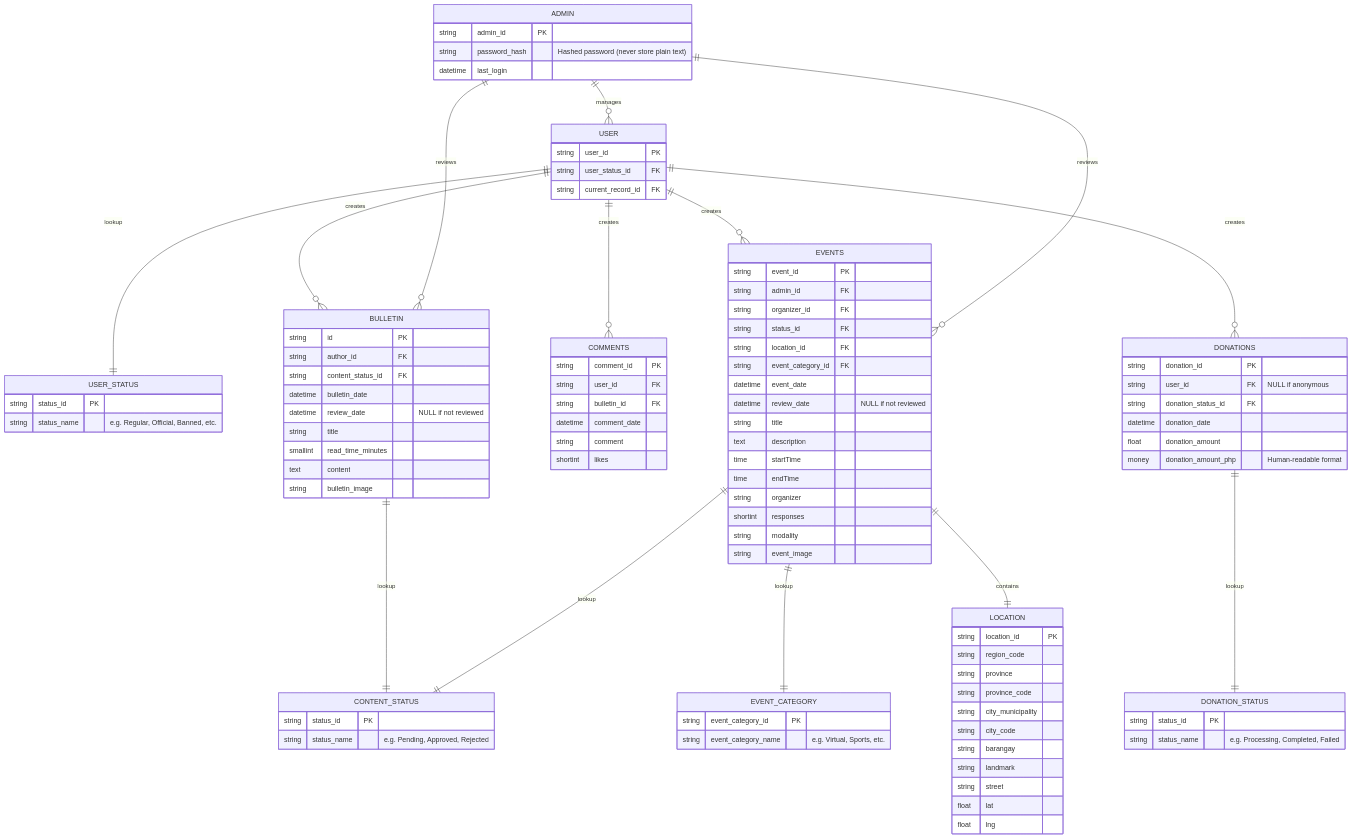
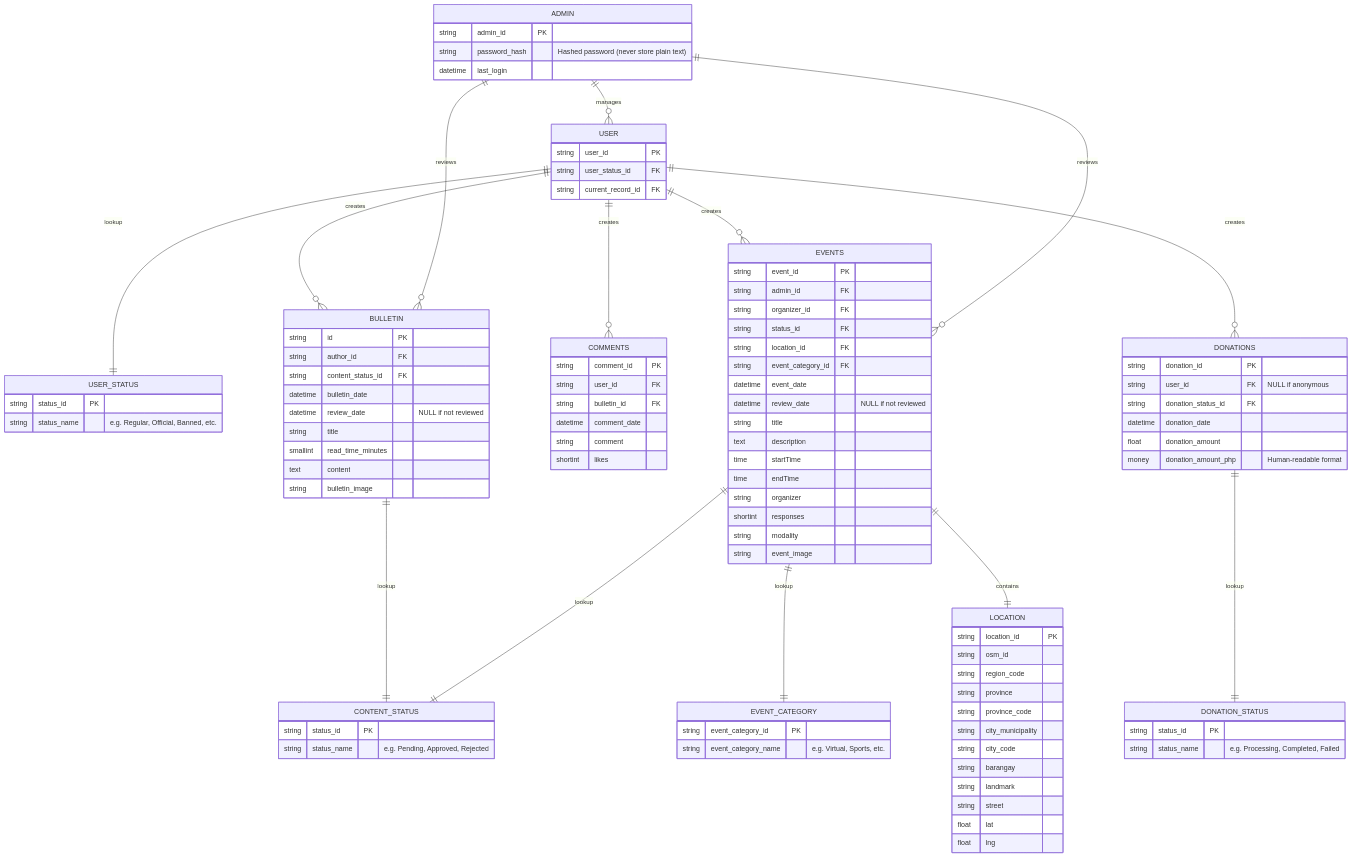
The diagram in diagrams/adminDashboard.mmd (joepatricio/sd3-alumni), drawn with Mermaid before and after one commit. The commit also changed 32 other files, not shown here.

```diff
--- a/diagrams/adminDashboard.mmd
+++ b/diagrams/adminDashboard.mmd
@@ -1,111 +1,112 @@
 %% Diagram focuses on the admin dashboard data, includes donations and content
 %% Implement in adminMockData.tsx
 erDiagram
     %% USER ||--|| USER_PROFILE : get user profile
     USER ||--|| USER_STATUS : lookup
     USER ||--o{ BULLETIN: creates
     USER ||--o{ COMMENTS: creates
     USER ||--o{ DONATIONS: creates
     USER ||--o{ EVENTS: creates
     ADMIN ||--o{ BULLETIN : reviews
     ADMIN ||--o{ EVENTS : reviews
     ADMIN ||--o{ USER : manages 
     DONATIONS ||--|| DONATION_STATUS: lookup
     BULLETIN ||--|| CONTENT_STATUS: lookup
     EVENTS ||--|| CONTENT_STATUS: lookup
     EVENTS ||--|| EVENT_CATEGORY: lookup
     EVENTS ||--|| LOCATION: contains
 
     ADMIN {
         string admin_id PK
         string password_hash "Hashed password (never store plain text)"
         datetime last_login
     }
     %% 3XX - Content-related
     CONTENT_STATUS {
         string status_id PK
         string status_name "e.g. Pending, Approved, Rejected"
     }
     %% 4XX - User-related
     %% Content from banned users are automatically hidden from view
     %% Suspended users still maintain content visibility
     %% Suspended users cannot create or edit content, nor can they donate
     %% Ditto for banned users
     %% In all cases, their profile will show their status e.g. [SUSPENDED], [BANNED]
     USER_STATUS {
         string status_id PK
         string status_name "e.g. Regular, Official, Banned, etc."
     }
     %% 5XX - Donation-related
     DONATION_STATUS {
         string status_id PK
         string status_name "e.g. Processing, Completed, Failed"
     }
     USER {
         string user_id PK
         string user_status_id FK
         string current_record_id FK
     }
     BULLETIN {
         string id PK
         string author_id FK
         string content_status_id FK
         datetime bulletin_date
         datetime review_date "NULL if not reviewed"
         string title
         smallint read_time_minutes
         text content
         string bulletin_image
     }
     EVENTS {
         string event_id PK
         string admin_id FK
         string organizer_id FK
         string status_id FK
         string location_id FK
         string event_category_id FK
         datetime event_date
         datetime review_date "NULL if not reviewed"
         string title
         text description
         time startTime
         time endTime
         string organizer
         shortint responses
         string modality
         string event_image
     }
     %% 6XX - Event-related
     EVENT_CATEGORY {
         string event_category_id PK
         string event_category_name "e.g. Virtual, Sports, etc."
     }
     LOCATION {
         string location_id PK
+        string osm_id
         string region_code
         string province
         string province_code
         string city_municipality
         string city_code
         string barangay
         string landmark
         string street
         float lat
         float lng
     }
     COMMENTS {
         string comment_id PK
         string user_id FK
         string bulletin_id FK
         datetime comment_date
         string comment
         shortint likes
     }
     DONATIONS {
         string donation_id PK
         string user_id FK "NULL if anonymous"
         string donation_status_id FK
         datetime donation_date
         float donation_amount
         money donation_amount_php "Human-readable format"
     }
```
